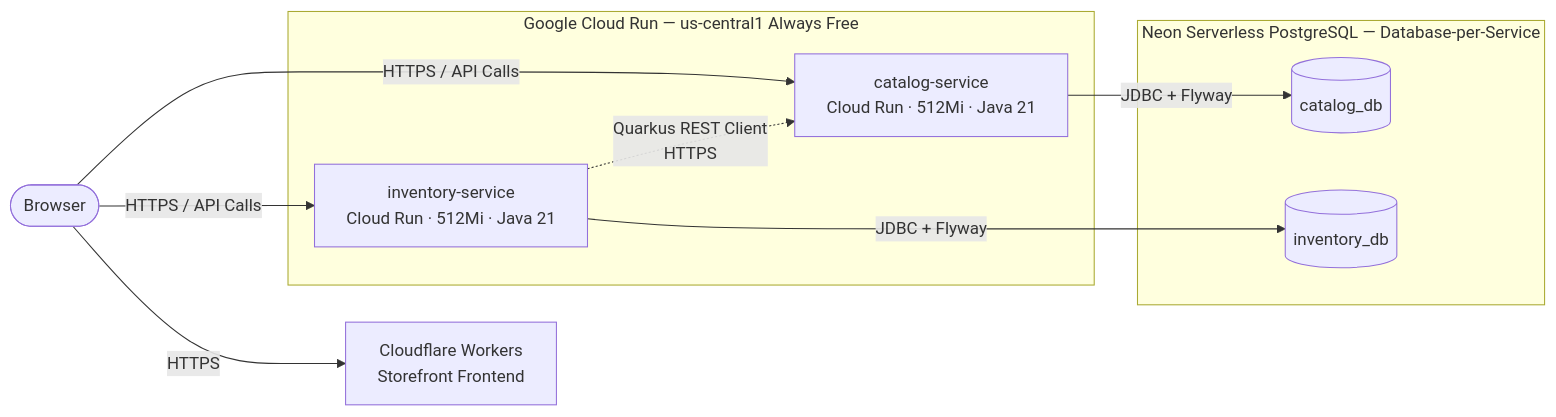
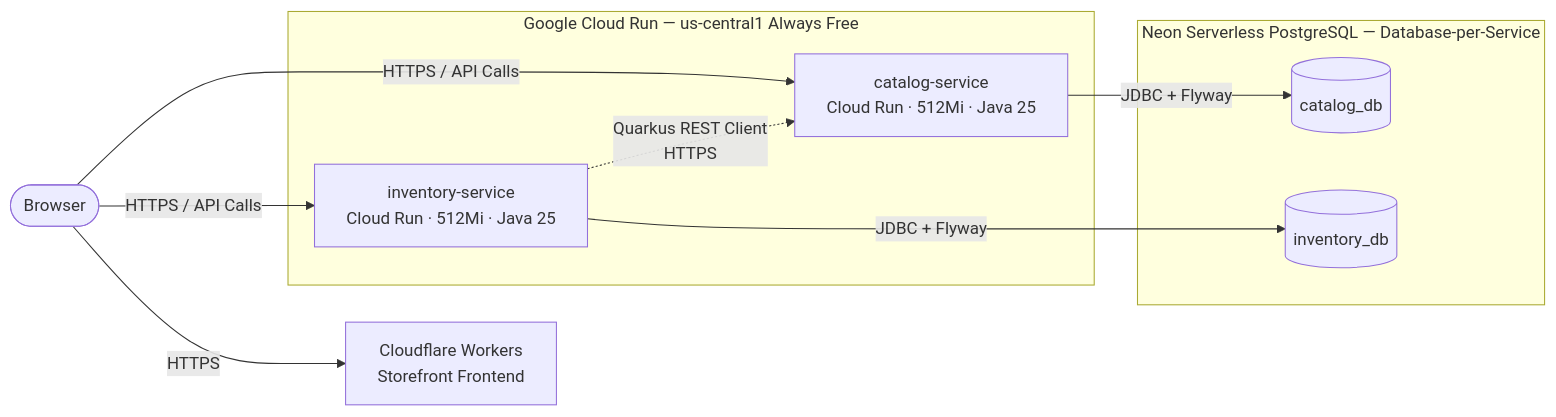
The diagram in README.md (gbolanoscruz/quantum-store-poc), drawn with Mermaid before and after one commit. The commit also changed other lines of this file and 11 other files, not shown here.

````diff
--- a/README.md
+++ b/README.md
@@ -7,18 +7,18 @@
 ```mermaid
 flowchart LR
     User([Browser]) -->|HTTPS| CF[Cloudflare Workers<br/>Storefront Frontend]
-    User -->|HTTPS / API Calls| Catalog[catalog-service<br/>Cloud Run · 512Mi · Java 21]
-    User -->|HTTPS / API Calls| Inventory[inventory-service<br/>Cloud Run · 512Mi · Java 21]
+    User -->|HTTPS / API Calls| Catalog[catalog-service<br/>Cloud Run · 512Mi · Java 25]
+    User -->|HTTPS / API Calls| Inventory[inventory-service<br/>Cloud Run · 512Mi · Java 25]
 
     subgraph GCP [Google Cloud Run — us-central1 Always Free]
         Inventory -.->|Quarkus REST Client<br/>HTTPS| Catalog
     end
 
     subgraph Neon [Neon Serverless PostgreSQL — Database-per-Service]
         CatalogDB[(catalog_db)]
         InventoryDB[(inventory_db)]
     end
 
     Catalog -->|JDBC + Flyway| CatalogDB
     Inventory -->|JDBC + Flyway| InventoryDB
 ```
````
